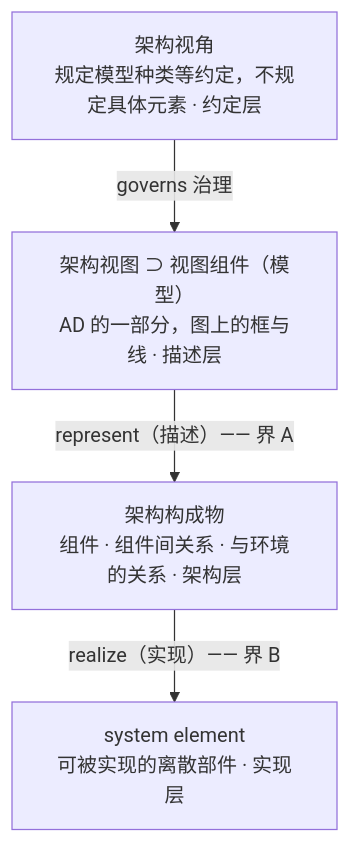
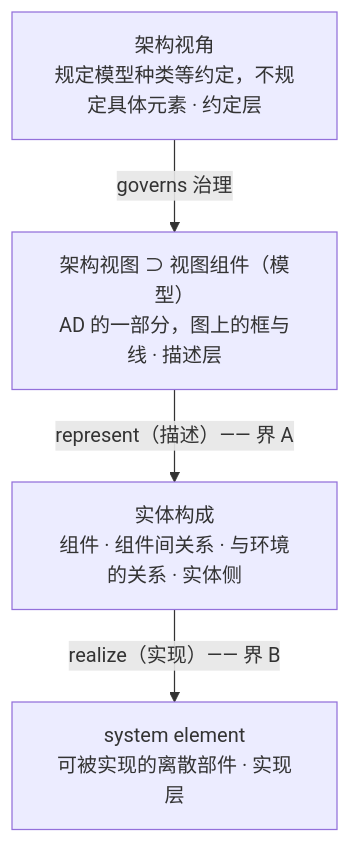
Before and after one commit to Yongjunzhou/AOS-system-design: diagram 13 of 15 in 100-subprojects/01-系统工程研究/00-系统工程相关研究报告/24-架构与设计边界研究报告-从定义辨析到架构视角与架构视图.md, drawn with Mermaid. The commit also changed other lines of this file and 177 other files, not shown here.

````diff
--- a/100-subprojects/01-系统工程研究/00-系统工程相关研究报告/24-架构与设计边界研究报告-从定义辨析到架构视角与架构视图.md
+++ b/100-subprojects/01-系统工程研究/00-系统工程相关研究报告/24-架构与设计边界研究报告-从定义辨析到架构视角与架构视图.md
@@ -1108,10 +1110,10 @@
 ```mermaid
 flowchart TD
     C1["架构视角<br/>规定模型种类等约定，不规定具体元素 · 约定层"]
     C2["架构视图 ⊃ 视图组件（模型）<br/>AD 的一部分，图上的框与线 · 描述层"]
-    C3["架构构成物<br/>组件 · 组件间关系 · 与环境的关系 · 架构层"]
+    C3["实体构成<br/>组件 · 组件间关系 · 与环境的关系 · 实体侧"]
     C4["system element<br/>可被实现的离散部件 · 实现层"]
     C1 -->|"governs 治理"| C2
     C2 -->|"represent（描述）—— 界 A"| C3
     C3 -->|"realize（实现）—— 界 B"| C4
 ```
````
